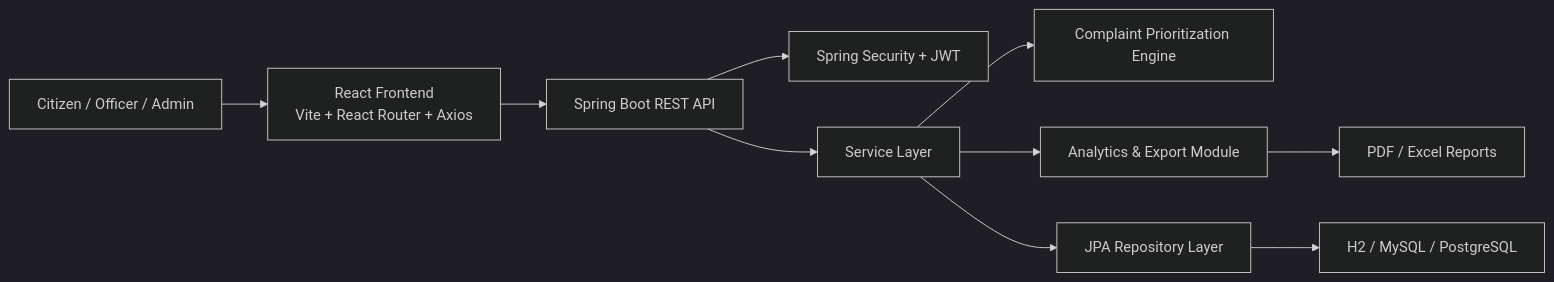
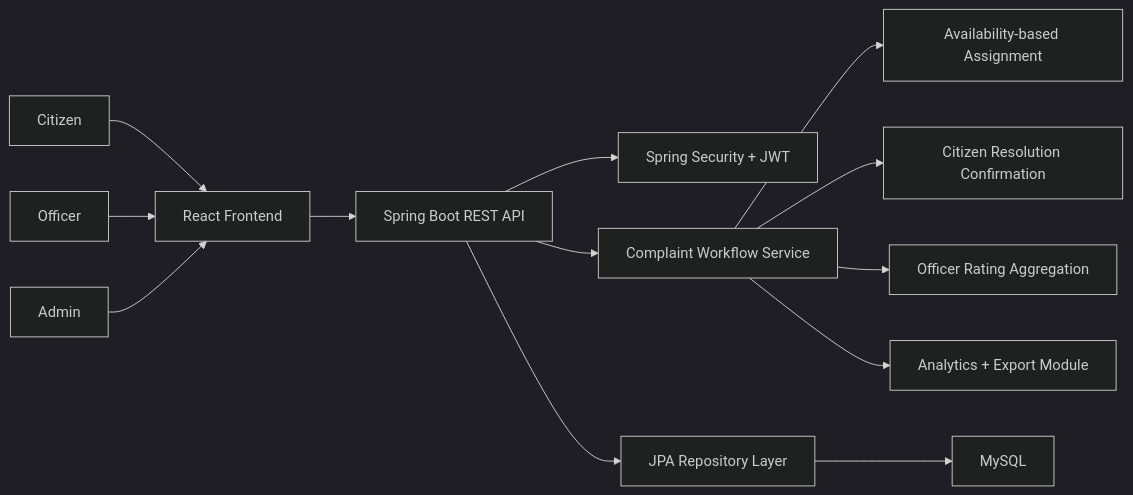
The diagram in README.md (KiranB111/smart-complaint-system), drawn with Mermaid (dark theme) before and after one commit. The commit also changed other lines of this file, not shown here.

Commit message:
Update README for new workflow and secure DB config

````diff
--- a/README.md
+++ b/README.md
@@ -105,12 +130,15 @@
 ```mermaid
 flowchart LR
-    A["Citizen / Officer / Admin"] --> B["React Frontend<br/>Vite + React Router + Axios"]
+    A["Citizen"] --> B["React Frontend"]
+    X["Officer"] --> B
+    Y["Admin"] --> B
     B --> C["Spring Boot REST API"]
     C --> D["Spring Security + JWT"]
-    C --> E["Service Layer"]
-    E --> F["Complaint Prioritization Engine"]
-    E --> G["Analytics & Export Module"]
-    E --> H["JPA Repository Layer"]
-    H --> I["H2 / MySQL / PostgreSQL"]
-    G --> J["PDF / Excel Reports"]
+    C --> E["Complaint Workflow Service"]
+    E --> F["Availability-based Assignment"]
+    E --> G["Citizen Resolution Confirmation"]
+    E --> H["Officer Rating Aggregation"]
+    E --> I["Analytics + Export Module"]
+    C --> J["JPA Repository Layer"]
+    J --> K["MySQL"]
 ```
````
